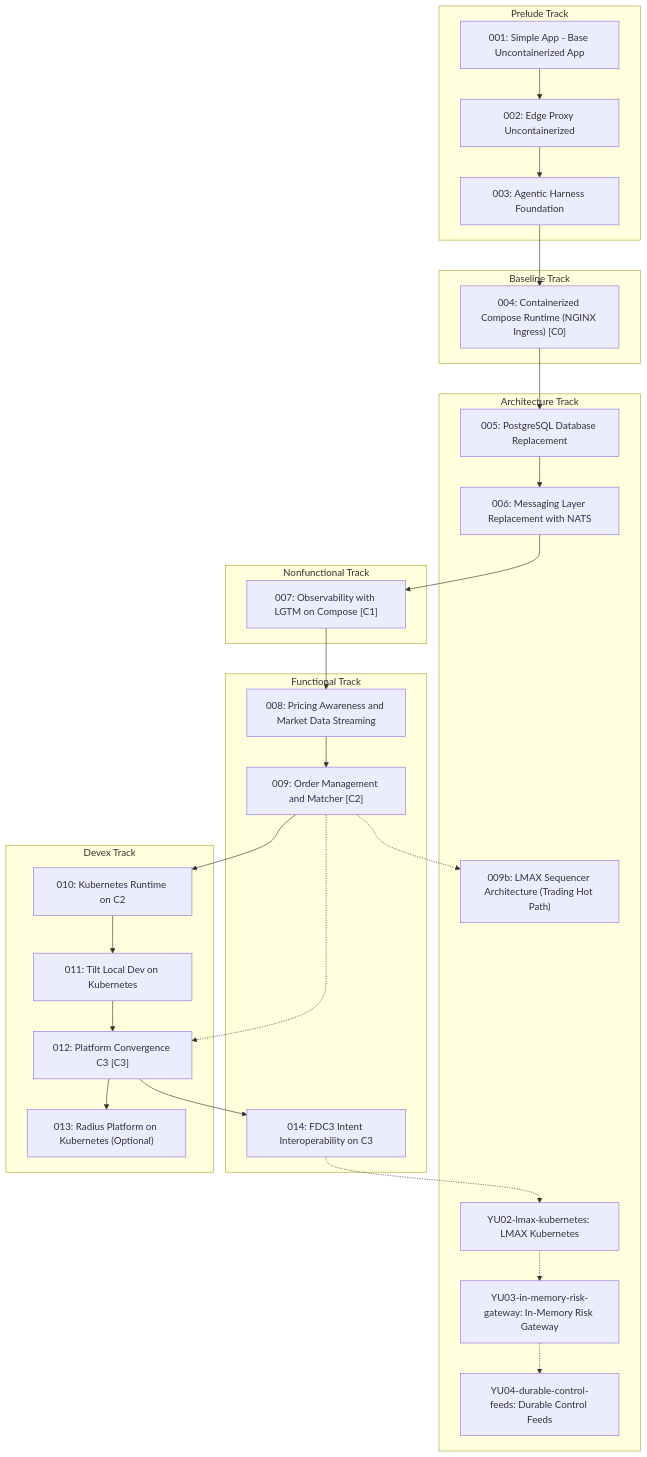
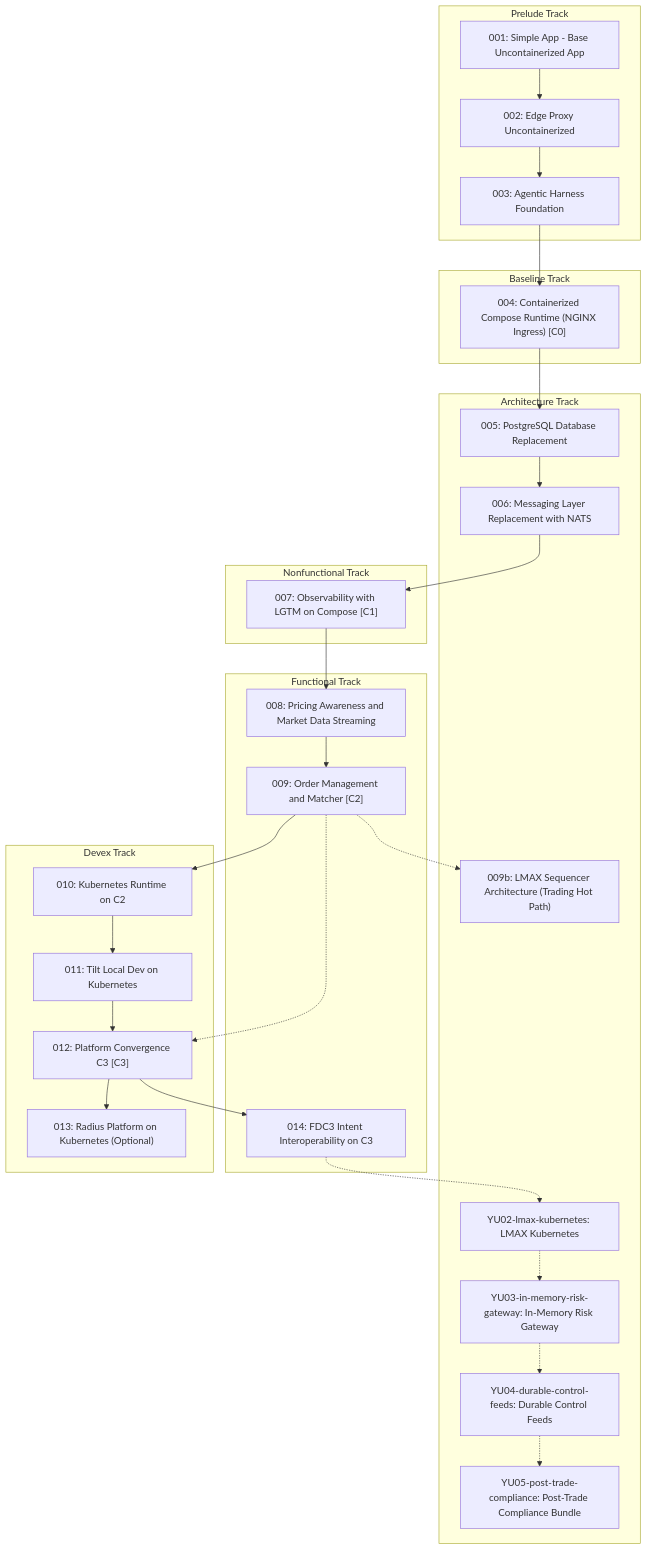
Before and after one commit to YU-CS-Summer-2026-Distributed-TraderX/traderX: the third of 3 diagrams in docs/learning-paths/index.md, drawn with Mermaid. The commit also changed other lines of this file and 3 other files, not shown here.

````diff
--- a/docs/learning-paths/index.md
+++ b/docs/learning-paths/index.md
@@ -124,52 +128,54 @@
 ```mermaid
 flowchart TB
   subgraph PRELUDE["Prelude Track"]
     S001_baseline_uncontainerized_parity["001: Simple App - Base Uncontainerized App"]
     S002_edge_proxy_uncontainerized["002: Edge Proxy Uncontainerized"]
     S003_agentic_harness_foundation["003: Agentic Harness Foundation"]
   end
   subgraph BASELINE["Baseline Track"]
     S004_containerized_compose_runtime["004: Containerized Compose Runtime (NGINX Ingress) [C0]"]
   end
   subgraph ARCHITECTURE["Architecture Track"]
     S005_postgres_database_replacement["005: PostgreSQL Database Replacement"]
     S006_messaging_nats_replacement["006: Messaging Layer Replacement with NATS"]
     S009b_lmax_sequencer_architecture["009b: LMAX Sequencer Architecture (Trading Hot Path)"]
     SYU02_lmax_kubernetes["YU02-lmax-kubernetes: LMAX Kubernetes"]
     SYU03_in_memory_risk_gateway["YU03-in-memory-risk-gateway: In-Memory Risk Gateway"]
     SYU04_durable_control_feeds["YU04-durable-control-feeds: Durable Control Feeds"]
+    SYU05_post_trade_compliance["YU05-post-trade-compliance: Post-Trade Compliance Bundle"]
   end
   subgraph NONFUNCTIONAL["Nonfunctional Track"]
     S007_observability_lgtm_compose["007: Observability with LGTM on Compose [C1]"]
   end
   subgraph FUNCTIONAL["Functional Track"]
     S008_pricing_awareness_market_data["008: Pricing Awareness and Market Data Streaming"]
     S009_order_management_matcher["009: Order Management and Matcher [C2]"]
     S014_fdc3_intent_interoperability["014: FDC3 Intent Interoperability on C3"]
   end
   subgraph DEVEX["Devex Track"]
     S010_kubernetes_runtime["010: Kubernetes Runtime on C2"]
     S011_tilt_kubernetes_dev_loop["011: Tilt Local Dev on Kubernetes"]
     S012_platform_convergence_c3["012: Platform Convergence C3 [C3]"]
     S013_radius_kubernetes_platform["013: Radius Platform on Kubernetes (Optional)"]
   end
   S001_baseline_uncontainerized_parity --> S002_edge_proxy_uncontainerized
   S002_edge_proxy_uncontainerized --> S003_agentic_harness_foundation
   S003_agentic_harness_foundation --> S004_containerized_compose_runtime
   S004_containerized_compose_runtime --> S005_postgres_database_replacement
   S005_postgres_database_replacement --> S006_messaging_nats_replacement
   S006_messaging_nats_replacement --> S007_observability_lgtm_compose
   S007_observability_lgtm_compose --> S008_pricing_awareness_market_data
   S008_pricing_awareness_market_data --> S009_order_management_matcher
   S009_order_management_matcher -.-> S009b_lmax_sequencer_architecture
   S009_order_management_matcher --> S010_kubernetes_runtime
   S010_kubernetes_runtime --> S011_tilt_kubernetes_dev_loop
   S011_tilt_kubernetes_dev_loop --> S012_platform_convergence_c3
   S012_platform_convergence_c3 --> S013_radius_kubernetes_platform
   S012_platform_convergence_c3 --> S014_fdc3_intent_interoperability
   S014_fdc3_intent_interoperability -.-> SYU02_lmax_kubernetes
   SYU02_lmax_kubernetes -.-> SYU03_in_memory_risk_gateway
   SYU03_in_memory_risk_gateway -.-> SYU04_durable_control_feeds
+  SYU04_durable_control_feeds -.-> SYU05_post_trade_compliance
   S009_order_management_matcher -.-> S012_platform_convergence_c3
   classDef convergence fill:#d7f5dd,stroke:#2e7d32,stroke-width:2px
 ```
````
